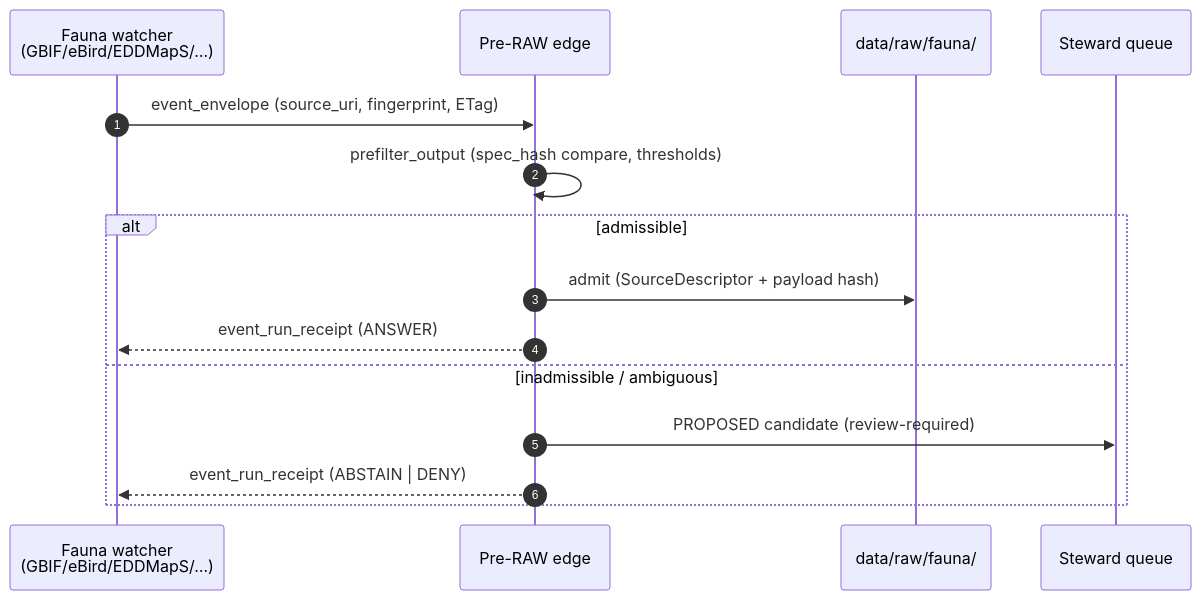
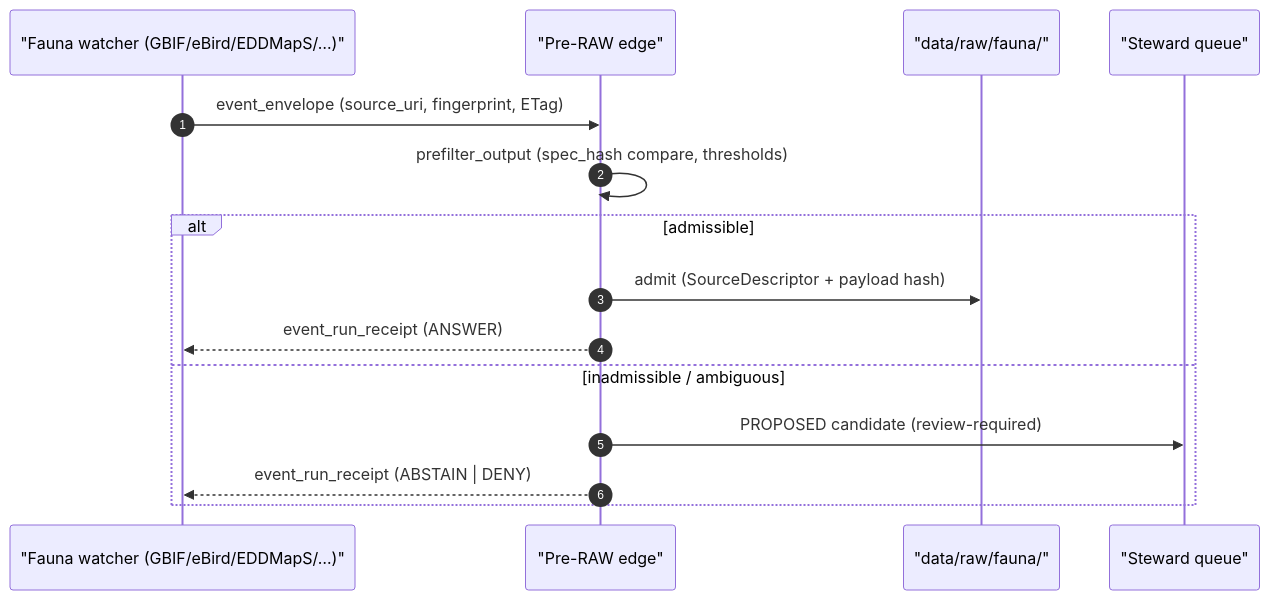
The second of 3 diagrams in docs/domains/fauna/DATA_LIFECYCLE.md (bartytime4life/Kansas-Frontier-Matrix), drawn with Mermaid before and after one commit. The commit also changed other lines of this file, not shown here.

````diff
--- a/docs/domains/fauna/DATA_LIFECYCLE.md
+++ b/docs/domains/fauna/DATA_LIFECYCLE.md
@@ -199,17 +213,17 @@
 ```mermaid
 sequenceDiagram
     autonumber
-    participant W as Fauna watcher<br/>(GBIF/eBird/EDDMapS/…)
-    participant E as Pre-RAW edge
-    participant R as data/raw/fauna/
-    participant S as Steward queue
+    participant W as "Fauna watcher (GBIF/eBird/EDDMapS/…)"
+    participant E as "Pre-RAW edge"
+    participant R as "data/raw/fauna/"
+    participant S as "Steward queue"
     W->>E: event_envelope (source_uri, fingerprint, ETag)
     E->>E: prefilter_output (spec_hash compare, thresholds)
     alt admissible
         E->>R: admit (SourceDescriptor + payload hash)
         E-->>W: event_run_receipt (ANSWER)
     else inadmissible / ambiguous
         E->>S: PROPOSED candidate (review-required)
         E-->>W: event_run_receipt (ABSTAIN | DENY)
     end
 ```
````
